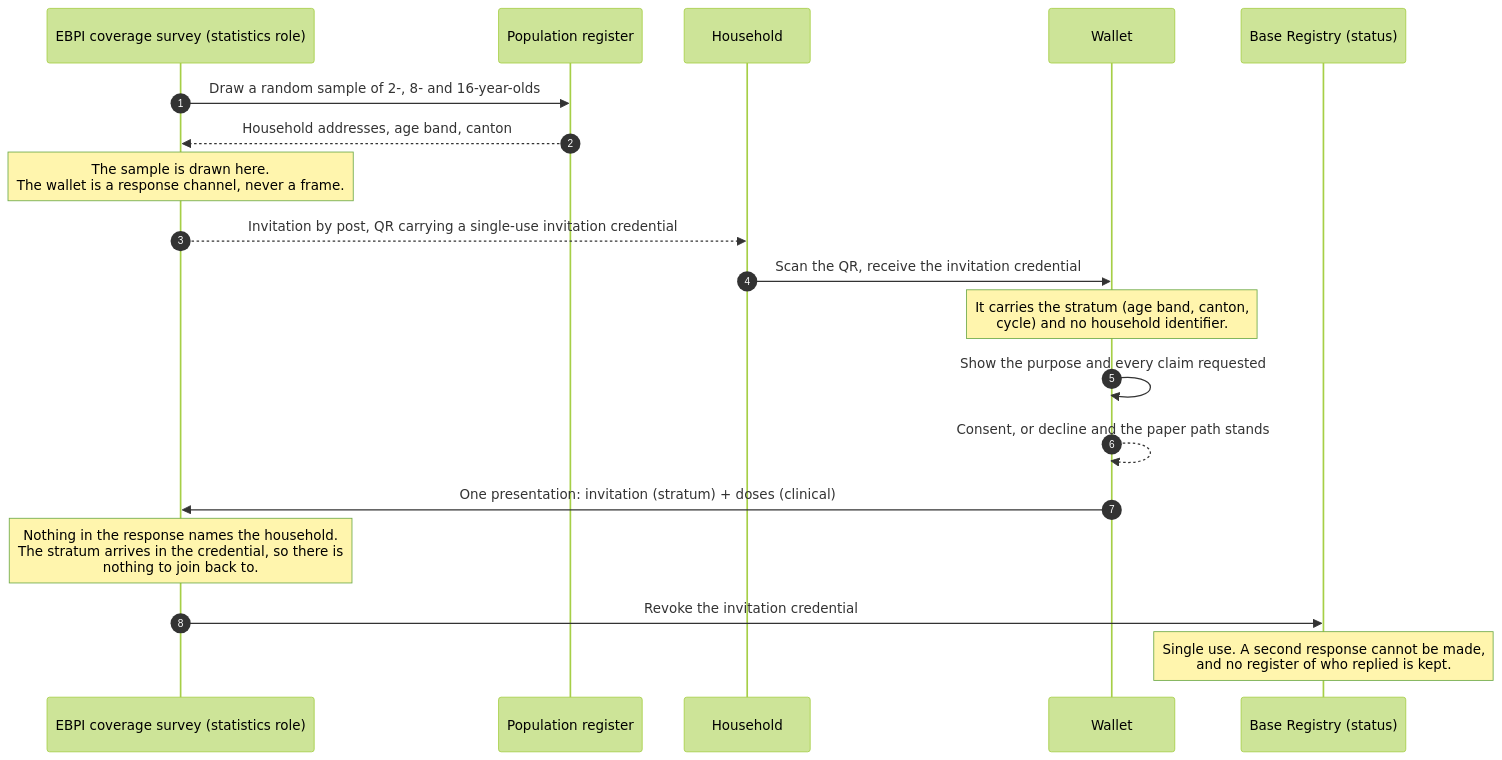
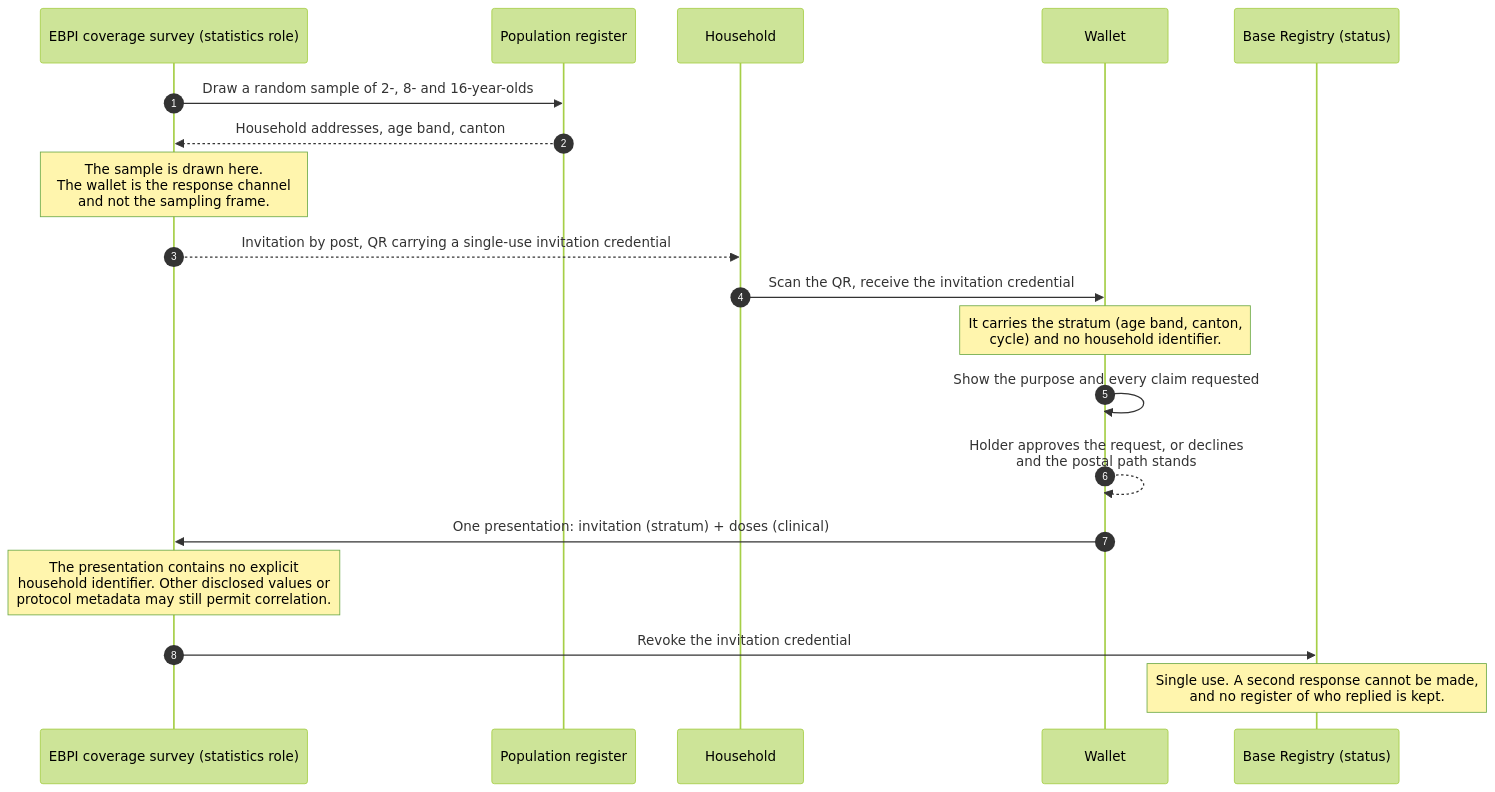
One commit to DIDAS-swiss/Trust-Flow-Diagram-Repository changed the diagram in health/flows/F-11-coverage-survey.md. Above: the diagram before and after it, drawn with Mermaid (forest theme). The commit also changed other lines of this file and 20 other files, not shown here.

````diff
--- a/health/flows/F-11-coverage-survey.md
+++ b/health/flows/F-11-coverage-survey.md
@@ -66,22 +74,22 @@
 ```mermaid
 sequenceDiagram
     autonumber
     participant S as EBPI coverage survey (statistics role)
     participant P as Population register
     participant H as Household
     participant W as Wallet
     participant BR as Base Registry (status)
 
     S->>P: Draw a random sample of 2-, 8- and 16-year-olds
     P-->>S: Household addresses, age band, canton
-    Note over S: The sample is drawn here.<br/>The wallet is a response channel, never a frame.
+    Note over S: The sample is drawn here.<br/>The wallet is the response channel<br/>and not the sampling frame.
     S-->>H: Invitation by post, QR carrying a single-use invitation credential
     H->>W: Scan the QR, receive the invitation credential
     Note over W: It carries the stratum (age band, canton,<br/>cycle) and no household identifier.
     W->>W: Show the purpose and every claim requested
-    W-->>W: Consent, or decline and the paper path stands
+    W-->>W: Holder approves the request, or declines<br/>and the postal path stands
     W->>S: One presentation: invitation (stratum) + doses (clinical)
-    Note over S: Nothing in the response names the household.<br/>The stratum arrives in the credential, so there is<br/>nothing to join back to.
+    Note over S: The presentation contains no explicit<br/>household identifier. Other disclosed values or<br/>protocol metadata may still permit correlation.
     S->>BR: Revoke the invitation credential
     Note over BR: Single use. A second response cannot be made,<br/>and no register of who replied is kept.
 ```
````
